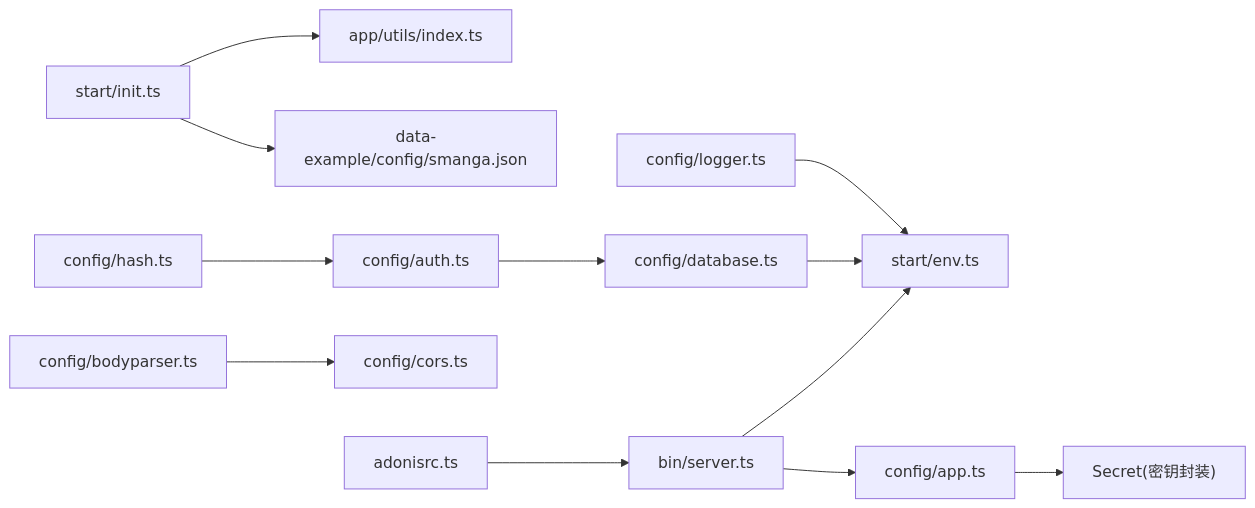
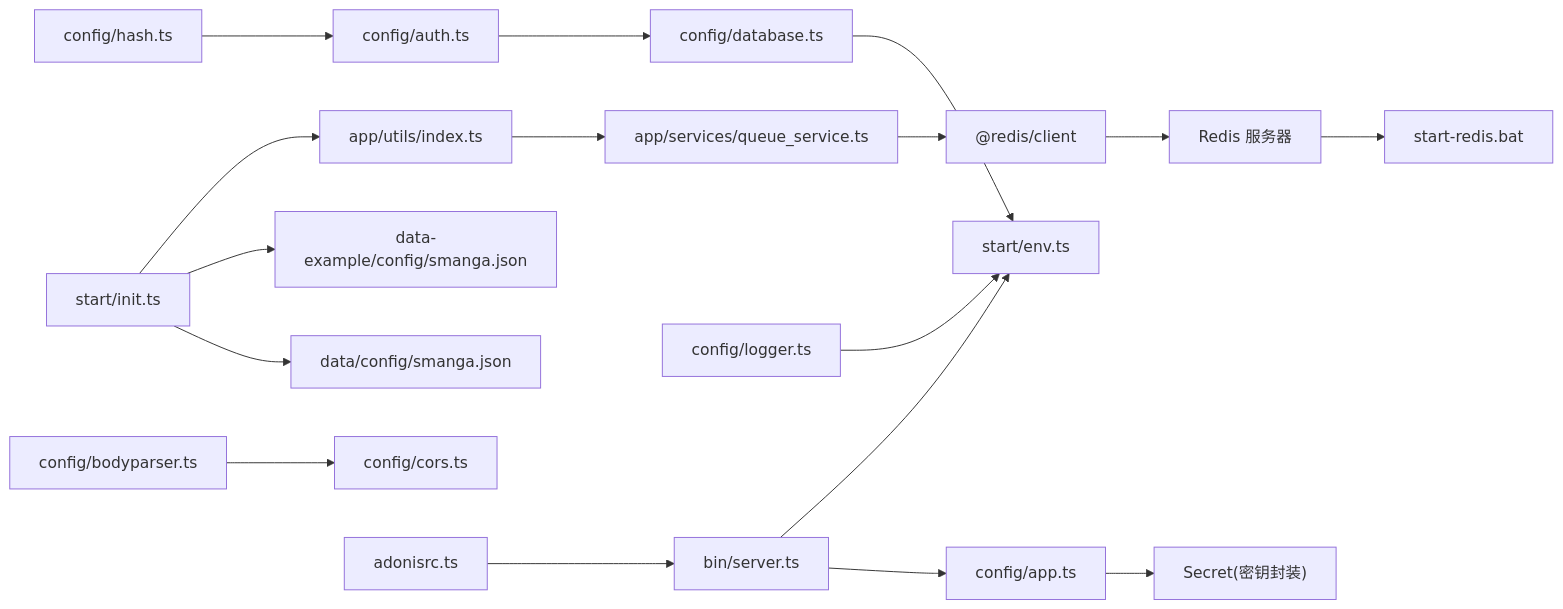
Before and after one commit to lkw199711/smanga-adonis: the third of 3 diagrams in .qoder/repowiki/zh/content/配置管理/应用配置.md, drawn with Mermaid. The commit also changed other lines of this file and 8 other files, not shown here.

````diff
--- a/.qoder/repowiki/zh/content/配置管理/应用配置.md
+++ b/.qoder/repowiki/zh/content/配置管理/应用配置.md
@@ -253,14 +306,19 @@
 ```mermaid
 graph LR
 BIN_SERVER["bin/server.ts"] --> START_ENV["start/env.ts"]
 BIN_SERVER --> CFG_APP["config/app.ts"]
 CFG_APP --> SECRET["Secret(密钥封装)"]
 START_INIT["start/init.ts"] --> UTILS_IDX["app/utils/index.ts"]
 START_INIT --> SAMPLE_CFG["data-example/config/smanga.json"]
+START_INIT --> DATA_CFG["data/config/smanga.json"]
 CFG_DB["config/database.ts"] --> START_ENV
 CFG_AUTH["config/auth.ts"] --> CFG_DB
 CFG_BODY["config/bodyparser.ts"] --> CFG_CORS["config/cors.ts"]
 CFG_HASH["config/hash.ts"] --> CFG_AUTH
 CFG_LOG["config/logger.ts"] --> START_ENV
 ADONIS_RC["adonisrc.ts"] --> BIN_SERVER
+UTILS_IDX --> QUEUE_SERVICE["app/services/queue_service.ts"]
+QUEUE_SERVICE --> REDIS_CLIENT["@redis/client"]
+REDIS_CLIENT --> REDIS_SERVER["Redis 服务器"]
+REDIS_SERVER --> REDIS_BAT["start-redis.bat"]
 ```
````
